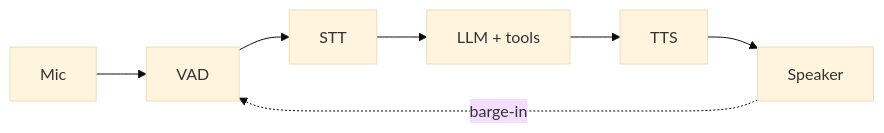
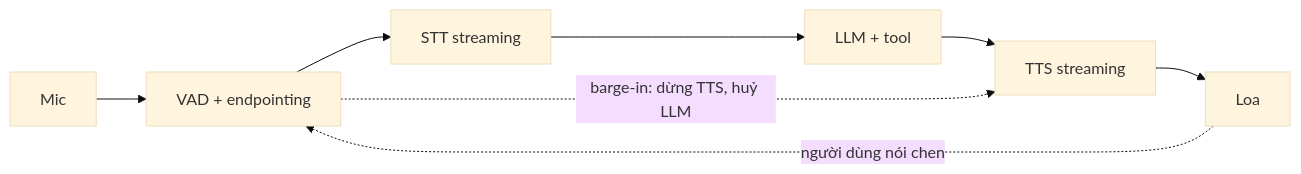
One commit to passion-Infinity/personal-tech-playbook changed the diagram in src/assets/knowledge/playbooks/ai-engineering/speech-voice-ai.md. Above: the diagram before and after it, drawn with Mermaid (base theme). The commit also changed other lines of this file and 5 other files, not shown here.

First line of the commit message:
Deep-dive rewrite: fine-tuning, build-an-agent, voice AI, advanced RAG, LLM app architecture (AI Engineering topic complete)

````diff
--- a/src/assets/knowledge/playbooks/ai-engineering/speech-voice-ai.md
+++ b/src/assets/knowledge/playbooks/ai-engineering/speech-voice-ai.md
@@ -17,5 +40,6 @@
 ```mermaid
 flowchart LR
-    MIC[Mic] --> VAD --> STT --> LLM["LLM + tools"] --> TTS --> SPK[Speaker]
-    SPK -.->|"barge-in"| VAD
+    MIC["Mic"] --> VAD["VAD + endpointing"] --> STT["STT streaming"] --> LLM["LLM + tool"] --> TTS["TTS streaming"] --> SPK["Loa"]
+    SPK -.->|"người dùng nói chen"| VAD
+    VAD -.->|"barge-in: dừng TTS, huỷ LLM"| TTS
 ```
````
